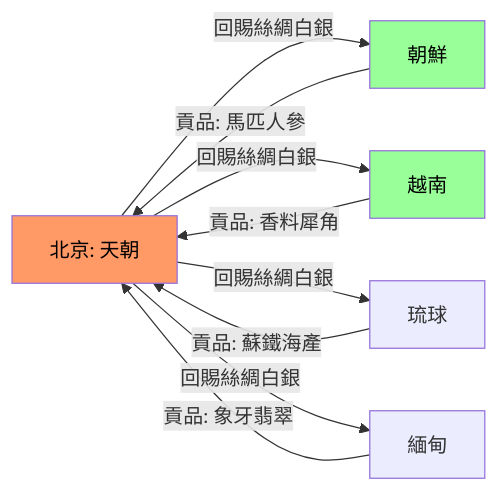
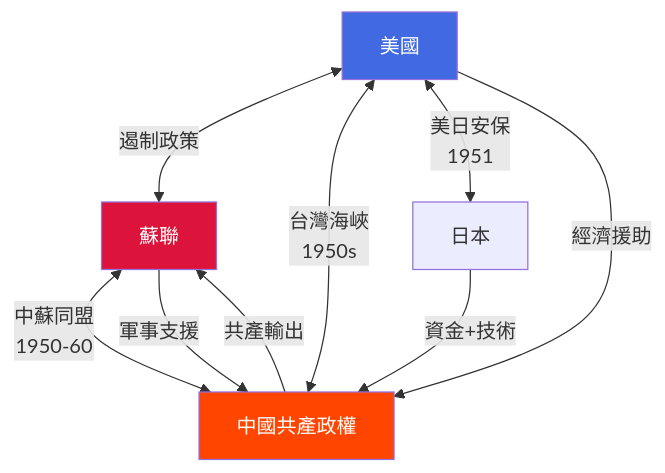
The sixth of 8 diagrams in 01_HKU_Courses/HIST1023_Modern_East_Asia.md (yip-lgtm/HKU-Harvard-History-Self-Study), drawn with Mermaid before and after one commit. The commit also changed other lines of this file and 65 other files, not shown here.

````diff
--- a/01_HKU_Courses/HIST1023_Modern_East_Asia.md
+++ b/01_HKU_Courses/HIST1023_Modern_East_Asia.md
@@ -168,16 +271,14 @@
 ```mermaid
-flowchart LR
-    A[北京: 天朝] -->|回賜絲綢白銀| B[朝鮮]
-    A -->|回賜絲綢白銀| C[越南]
-    A -->|回賜絲綢白銀| D[琉球]
-    A -->|回賜絲綢白銀| E[緬甸]
-    
-    B -->|貢品: 馬匹人參| A
-    C -->|貢品: 香料犀角| A
-    D -->|貢品: 蘇鐵海產| A
-    E -->|貢品: 象牙翡翠| A
-    
-    style A fill:#f96,color:#000
-    style B fill:#9f9,color:#000
-    style C fill:#9f9,color:#000
+graph TD
+    A["美國"] <-->|"遏制政策"| B["蘇聯"]
+    A <-->|"台灣海峽<br/>1950s"| C["中國共產政權"]
+    B <-->|"中蘇同盟<br/>1950-60"| C
+    A <-->|"美日安保<br/>1951"| D["日本"]
+    D -->|"資金+技術"| C
+    B -->|"軍事支援"| C
+    A -->|"經濟援助"| C
+    C -->|"共產輸出"| B
+    style A fill:#4169E1,color:#fff
+    style B fill:#DC143C,color:#fff
+    style C fill:#FF4500,color:#fff
 ```
````
